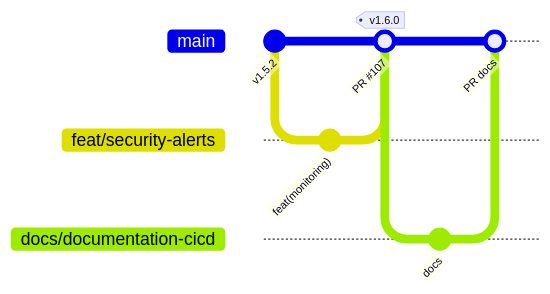
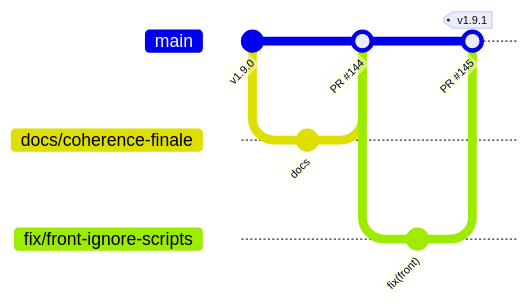
The first of 5 diagrams in docs/03-documentation-ci-cd.md (yohanbouchet/orion), drawn with Mermaid before and after one commit. The commit also changed other lines of this file, not shown here.

Commit message:
docs(cicd): schéma des branches fidèle à la règle des versions
L'exemple montrait une PR feat(monitoring) qui publiait v1.6.0 : vrai le
07/11, faux depuis la règle du 09/11 (seul ce qui est livré crée une
version). Remplacé par le cas réel du 11/11 : PR docs #144 sans
version, PR fix(front) #145 qui publie v1.9.1.

````diff
--- a/docs/03-documentation-ci-cd.md
+++ b/docs/03-documentation-ci-cd.md
@@ -132,14 +132,14 @@
 ```mermaid
 gitGraph
-    commit id: "v1.5.2"
-    branch feat/security-alerts
-    checkout feat/security-alerts
-    commit id: "feat(monitoring)"
-    checkout main
-    merge feat/security-alerts id: "PR #107" tag: "v1.6.0"
-    branch docs/documentation-cicd
-    checkout docs/documentation-cicd
+    commit id: "v1.9.0"
+    branch docs/coherence-finale
+    checkout docs/coherence-finale
     commit id: "docs"
     checkout main
-    merge docs/documentation-cicd id: "PR docs"
+    merge docs/coherence-finale id: "PR #144"
+    branch fix/front-ignore-scripts
+    checkout fix/front-ignore-scripts
+    commit id: "fix(front)"
+    checkout main
+    merge fix/front-ignore-scripts id: "PR #145" tag: "v1.9.1"
 ```
````
